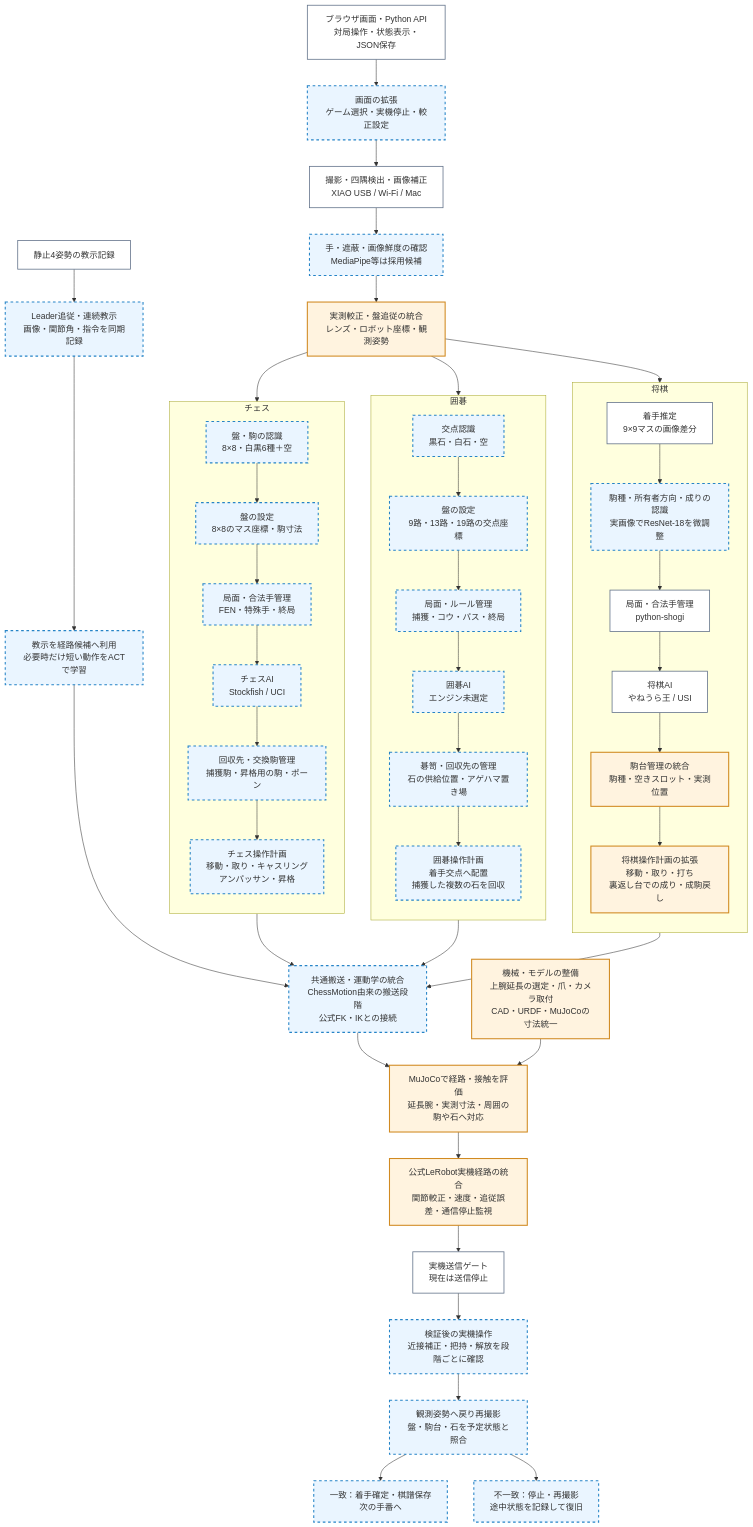
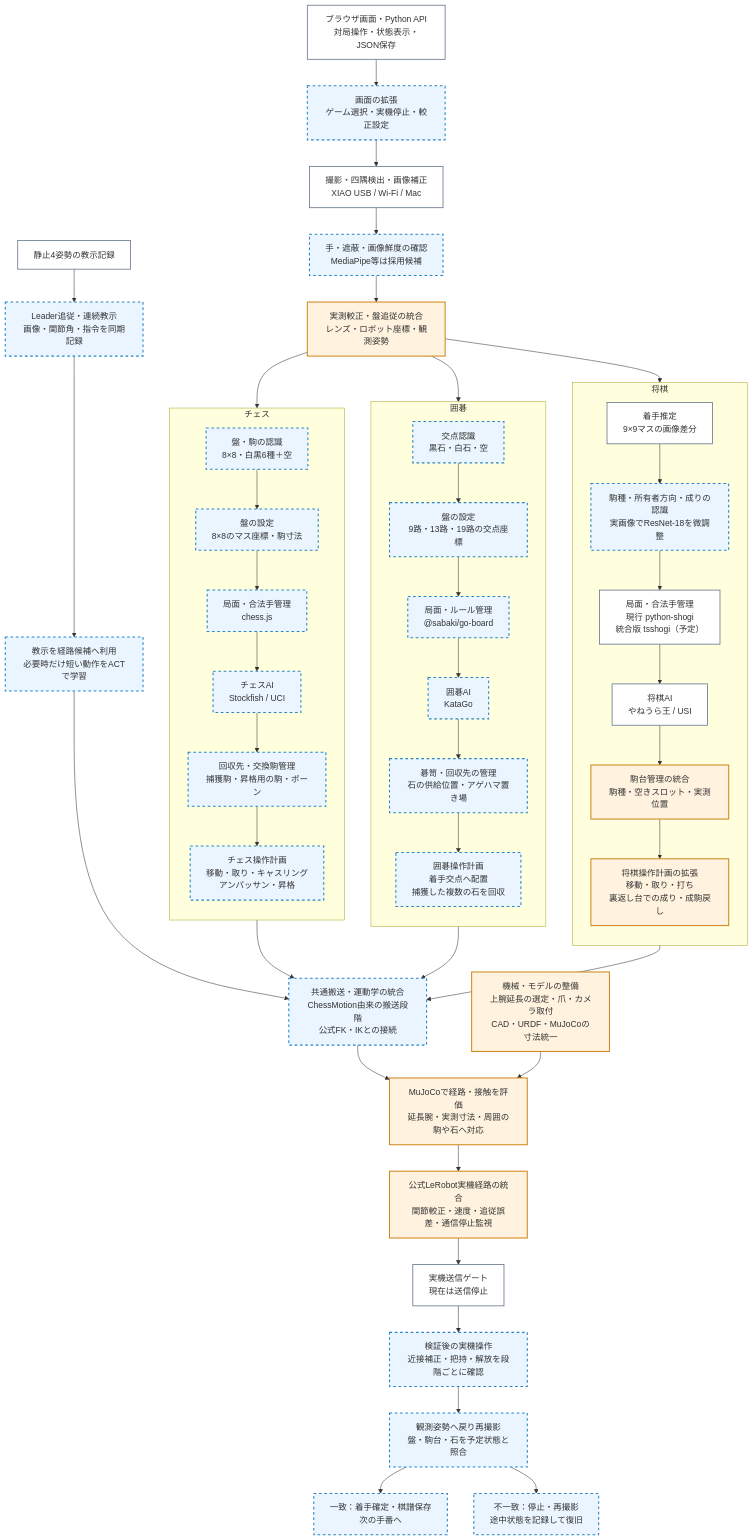
Before and after one commit to ichirooo6755/so101_syogi: the second of 2 diagrams in shogi/docs/shogi-implementation-plan.md, drawn with Mermaid. The commit also changed other lines of this file and 21 other files, not shown here.

First line of the commit message:
3ゲームのルールライブラリを固定して構成図に記載

```diff
--- a/shogi/docs/shogi-implementation-plan.md
+++ b/shogi/docs/shogi-implementation-plan.md
@@ -236,7 +237,7 @@
         direction TB
         shogi_vision["着手推定<br/>9×9マスの画像差分"]
         shogi_classifier["駒種・所有者方向・成りの認識<br/>実画像でResNet-18を微調整"]
-        shogi_rules["局面・合法手管理<br/>python-shogi"]
+        shogi_rules["局面・合法手管理<br/>現行 python-shogi<br/>統合版 tsshogi（予定）"]
         shogi_ai["将棋AI<br/>やねうら王 / USI"]
         shogi_stand["駒台管理の統合<br/>駒種・空きスロット・実測位置"]
         shogi_plan["将棋操作計画の拡張<br/>移動・取り・打ち<br/>裏返し台での成り・成駒戻し"]
@@ -245,8 +246,8 @@
         direction TB
         go_vision["交点認識<br/>黒石・白石・空"]
         go_geometry["盤の設定<br/>9路・13路・19路の交点座標"]
-        go_rules["局面・ルール管理<br/>捕獲・コウ・パス・終局"]
-        go_ai["囲碁AI<br/>エンジン未選定"]
+        go_rules["局面・ルール管理<br/>@sabaki/go-board"]
+        go_ai["囲碁AI<br/>KataGo"]
         go_inventory["碁笥・回収先の管理<br/>石の供給位置・アゲハマ置き場"]
         go_plan["囲碁操作計画<br/>着手交点へ配置<br/>捕獲した複数の石を回収"]
     end
@@ -254,7 +255,7 @@
         direction TB
         chess_vision["盤・駒の認識<br/>8×8・白黒6種＋空"]
         chess_geometry["盤の設定<br/>8×8のマス座標・駒寸法"]
-        chess_rules["局面・合法手管理<br/>FEN・特殊手・終局"]
+        chess_rules["局面・合法手管理<br/>chess.js"]
         chess_ai["チェスAI<br/>Stockfish / UCI"]
         chess_inventory["回収先・交換駒管理<br/>捕獲駒・昇格用の駒・ポーン"]
         chess_plan["チェス操作計画<br/>移動・取り・キャスリング<br/>アンパッサン・昇格"]
```
